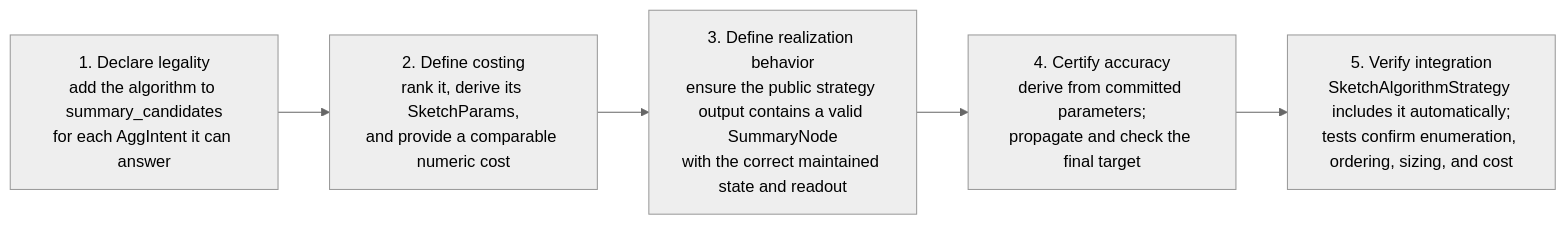
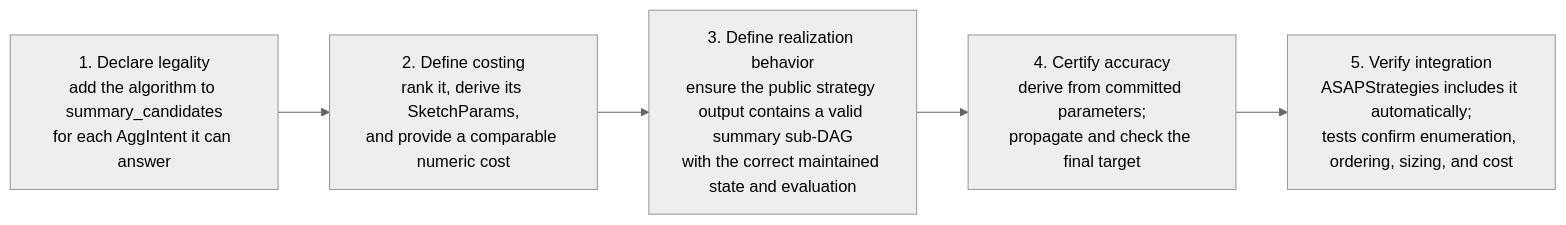
Before and after one commit to ProjectASAP/ASAPPlanner: the fourth of 4 diagrams in docs/develop_docs/extend-asap-aware-mapping.md, drawn with Mermaid (neutral theme). The commit also changed other lines of this file and 72 other files, not shown here.

````diff
--- a/docs/develop_docs/extend-asap-aware-mapping.md
+++ b/docs/develop_docs/extend-asap-aware-mapping.md
@@ -777,8 +775,8 @@
 ```mermaid
 flowchart LR
   MAP["1. Declare legality<br/>add the algorithm to summary_candidates<br/>for each AggIntent it can answer"]
   MAP --> MODEL["2. Define costing<br/>rank it, derive its SketchParams,<br/>and provide a comparable numeric cost"]
-  MODEL --> BUILD["3. Define realization behavior<br/>ensure the public strategy output contains a valid SummaryNode<br/>with the correct maintained state and readout"]
+  MODEL --> BUILD["3. Define realization behavior<br/>ensure the public strategy output contains a valid summary sub-DAG<br/>with the correct maintained state and evaluation"]
   BUILD --> ACC["4. Certify accuracy<br/>derive from committed parameters;<br/>propagate and check the final target"]
-  ACC --> ENUM["5. Verify integration<br/>SketchAlgorithmStrategy includes it automatically;<br/>tests confirm enumeration, ordering, sizing, and cost"]
+  ACC --> ENUM["5. Verify integration<br/>ASAPStrategies includes it automatically;<br/>tests confirm enumeration, ordering, sizing, and cost"]
 ```
````
